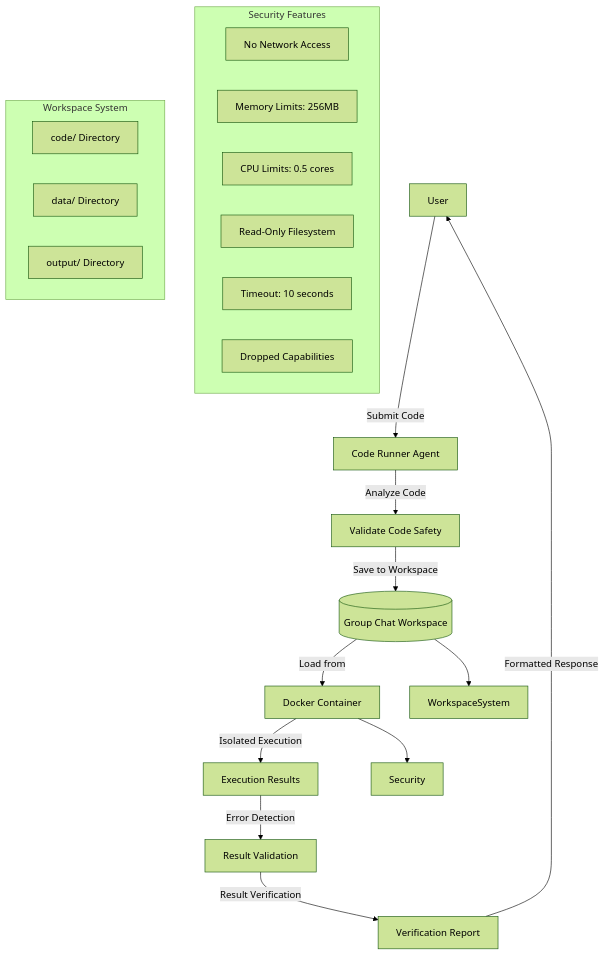
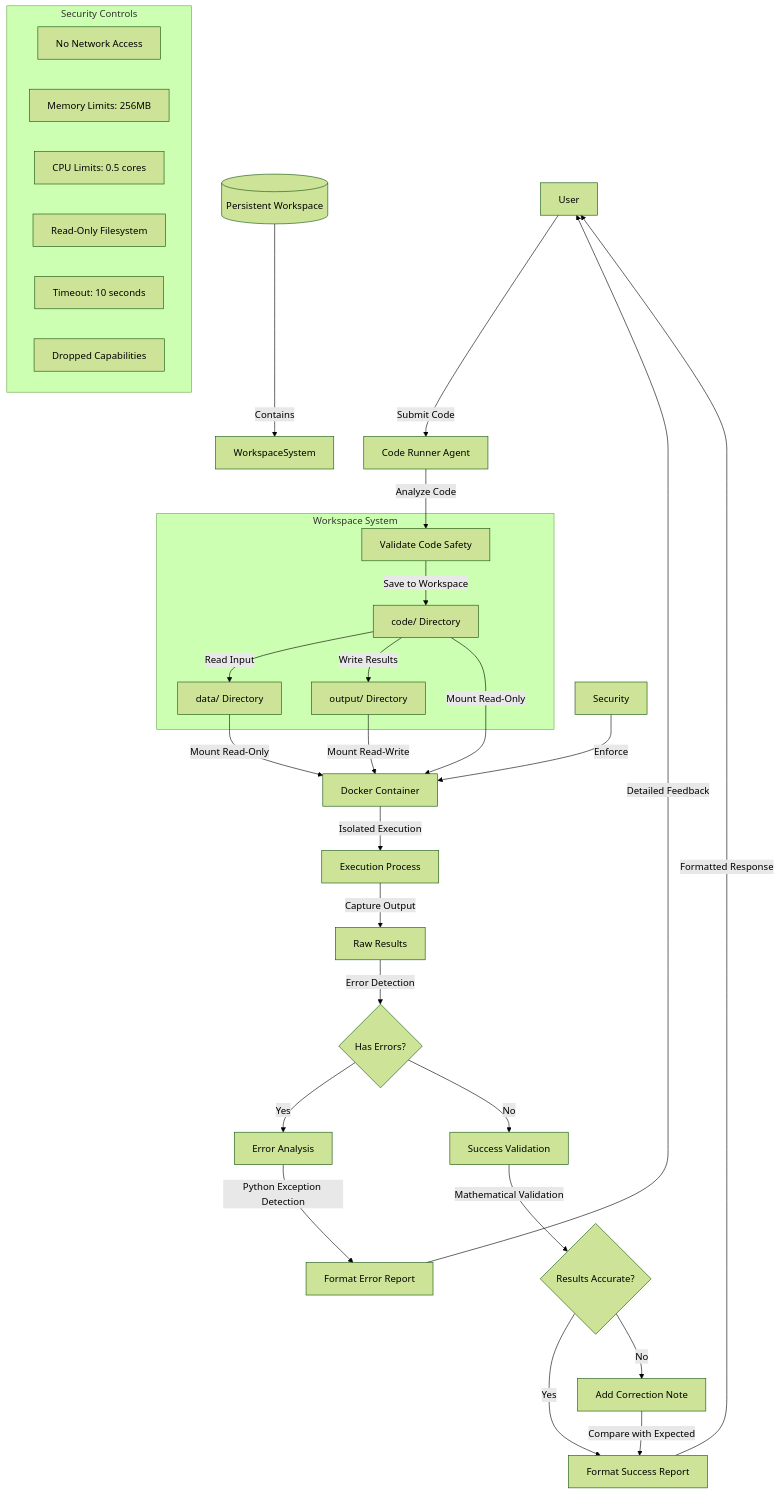
The fifth of 5 diagrams in README.md (egkristi/llm-langgraph), drawn with Mermaid (forest theme) before and after one commit. The commit also changed other lines of this file, not shown here.

Commit message:
feat: add persistent context and workspace management to system architecture diagrams

````diff
--- a/README.md
+++ b/README.md
@@ -219,29 +298,46 @@
 ```mermaid
 flowchart TD
     User[User] -->|"Submit Code"| Agent[Code Runner Agent]
     Agent -->|"Analyze Code"| CheckCode[Validate Code Safety]
-    CheckCode -->|"Save to Workspace"| Workspace[(Group Chat Workspace)]
-    Workspace -->|"Load from"| Docker[Docker Container]
-    Docker -->|"Isolated Execution"| Results[Execution Results]
-    Results -->|"Error Detection"| Validation[Result Validation]
-    Validation -->|"Result Verification"| Report[Verification Report]
-    Report -->|"Formatted Response"| User
     
-    subgraph "Security Features"
+    subgraph "Workspace System"
+        CheckCode -->|"Save to Workspace"| CodeDir[code/ Directory]
+        CodeDir -->|"Read Input"| DataDir[data/ Directory]
+        CodeDir -->|"Write Results"| OutputDir[output/ Directory]
+    end
+    
+    Workspace[(Persistent Workspace)] -->|"Contains"| WorkspaceSystem
+    
+    CodeDir -->|"Mount Read-Only"| Docker[Docker Container]
+    DataDir -->|"Mount Read-Only"| Docker
+    OutputDir -->|"Mount Read-Write"| Docker
+    
+    Docker -->|"Isolated Execution"| ExecProcess[Execution Process]
+    
+    subgraph "Security Controls"
         NS[No Network Access]
         MEM[Memory Limits: 256MB]
         CPU[CPU Limits: 0.5 cores]
         RO[Read-Only Filesystem]
         TO[Timeout: 10 seconds]
         CAP[Dropped Capabilities]
     end
     
-    subgraph "Workspace System"
-        CodeDir[code/ Directory]
-        DataDir[data/ Directory]
-        OutputDir[output/ Directory]
-    end
+    Security -->|"Enforce"| Docker
     
-    Docker --> Security
-    Workspace --> WorkspaceSystem
+    ExecProcess -->|"Capture Output"| Results[Raw Results]
+    Results -->|"Error Detection"| ErrorCheck{Has Errors?}
+    
+    ErrorCheck -->|"Yes"| ErrorAnalysis[Error Analysis]
+    ErrorCheck -->|"No"| SuccessCheck[Success Validation]
+    
+    ErrorAnalysis -->|"Python Exception Detection"| FormatError[Format Error Report]
+    SuccessCheck -->|"Mathematical Validation"| ResultCheck{Results Accurate?}
+    
+    ResultCheck -->|"Yes"| FormatSuccess[Format Success Report]
+    ResultCheck -->|"No"| Correction[Add Correction Note]
+    
+    Correction -->|"Compare with Expected"| FormatSuccess
+    FormatError -->|"Detailed Feedback"| User
+    FormatSuccess -->|"Formatted Response"| User
 ```
````
